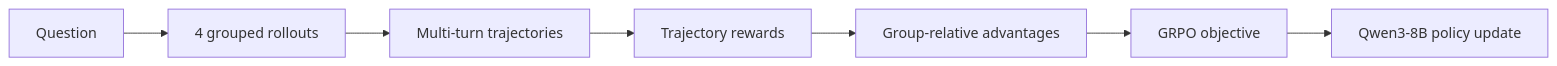
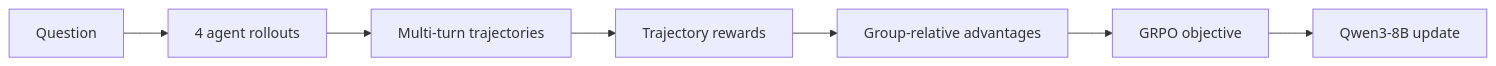
One commit to Idiotyevsky/EfficientTool-RL changed the second of 2 diagrams in README.md. Above: the diagram before and after it, drawn with Mermaid. The commit also changed other lines of this file and 1 other file, not shown here.

Commit message:
docs: tighten search-agent research narrative

````diff
--- a/README.md
+++ b/README.md
@@ -120,9 +154,9 @@
 ```mermaid
 flowchart LR
-    P[Question] --> R[4 grouped rollouts]
-    R --> T[Multi-turn trajectories]
-    T --> W[Trajectory rewards]
-    W --> A[Group-relative advantages]
+    Q[Question] --> G[4 agent rollouts]
+    G --> T[Multi-turn trajectories]
+    T --> R[Trajectory rewards]
+    R --> A[Group-relative advantages]
     A --> L[GRPO objective]
-    L --> U[Qwen3-8B policy update]
+    L --> U[Qwen3-8B update]
 ```
````
